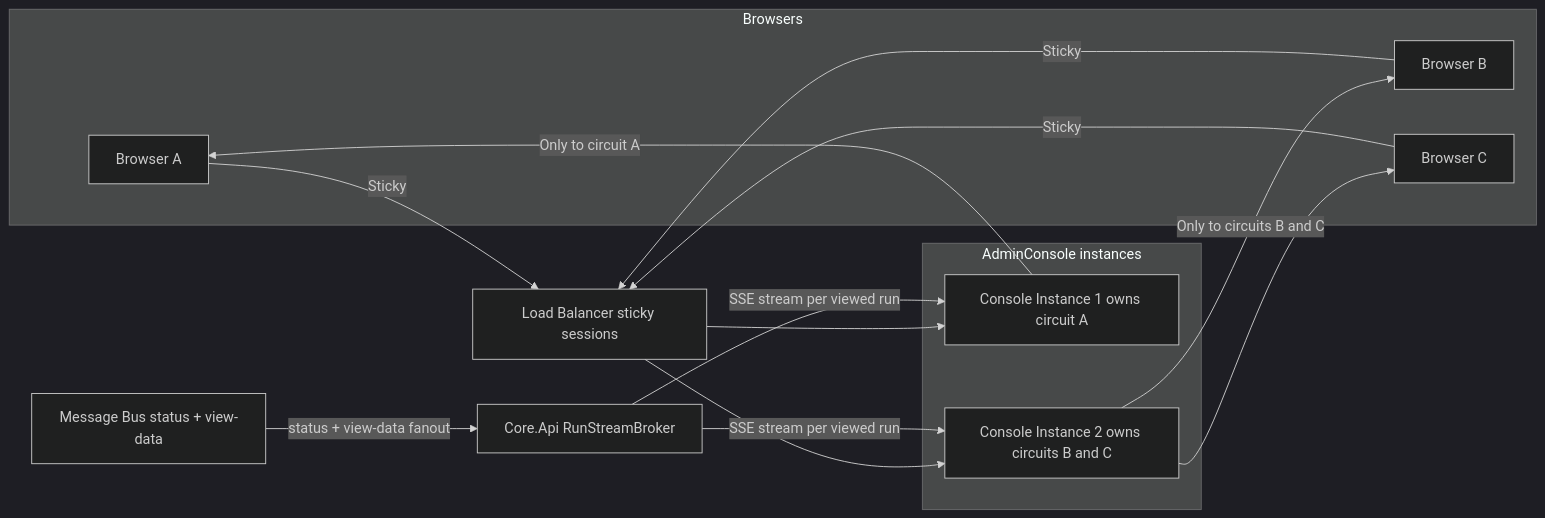
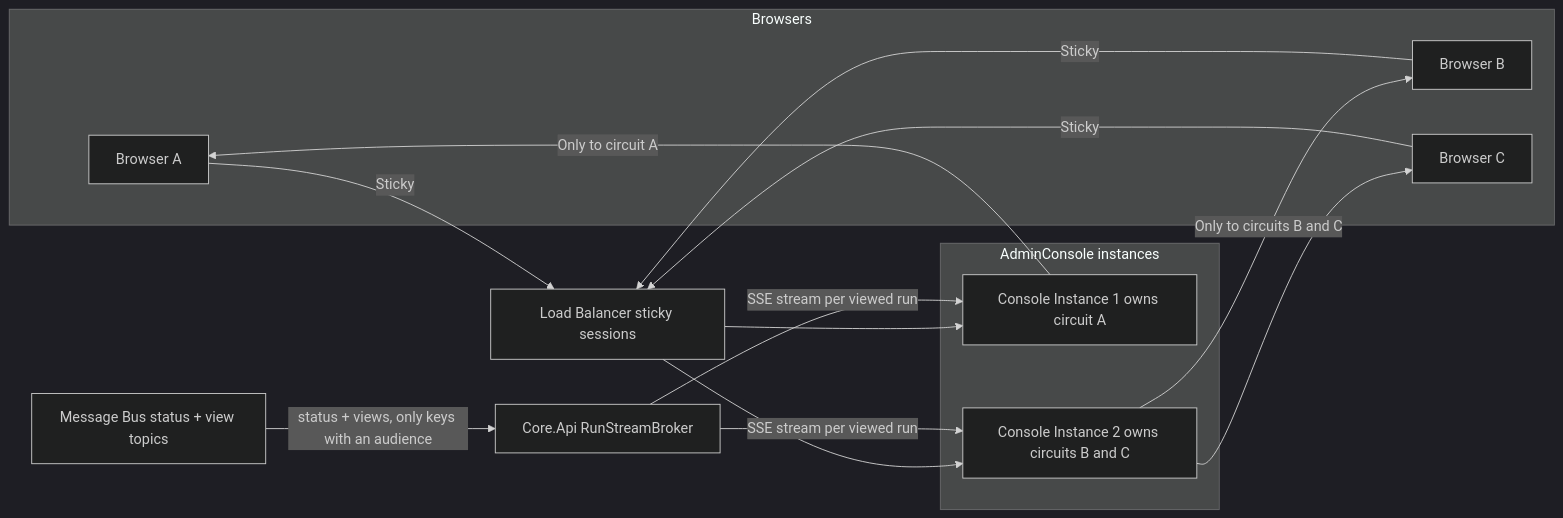
One commit to FelixKlakow/Auxilia changed the ninth of 13 diagrams in docs/ARCHITECTURE.md. Above: the diagram before and after it, drawn with Mermaid (dark theme). The commit also changed other lines of this file and 33 other files, not shown here.

````diff
--- a/docs/ARCHITECTURE.md
+++ b/docs/ARCHITECTURE.md
@@ -726,26 +728,26 @@
 ```mermaid
 graph LR
     subgraph Browsers
         B1[Browser A]
         B2[Browser B]
         B3[Browser C]
     end
     LB[Load Balancer sticky sessions]
     subgraph ConsoleInstances[AdminConsole instances]
         BS1[Console Instance 1 owns circuit A]
         BS2[Console Instance 2 owns circuits B and C]
     end
     API[Core.Api RunStreamBroker]
-    BUS[Message Bus status + view-data]
+    BUS[Message Bus status + view topics]
     B1 -->|Sticky| LB
     B2 -->|Sticky| LB
     B3 -->|Sticky| LB
     LB --> BS1
     LB --> BS2
-    BUS -->|status + view-data fanout| API
+    BUS -->|status + views, only keys with an audience| API
     API -->|SSE stream per viewed run| BS1
     API -->|SSE stream per viewed run| BS2
     BS1 -->|Only to circuit A| B1
     BS2 -->|Only to circuits B and C| B2
     BS2 --> B3
 ```
````
